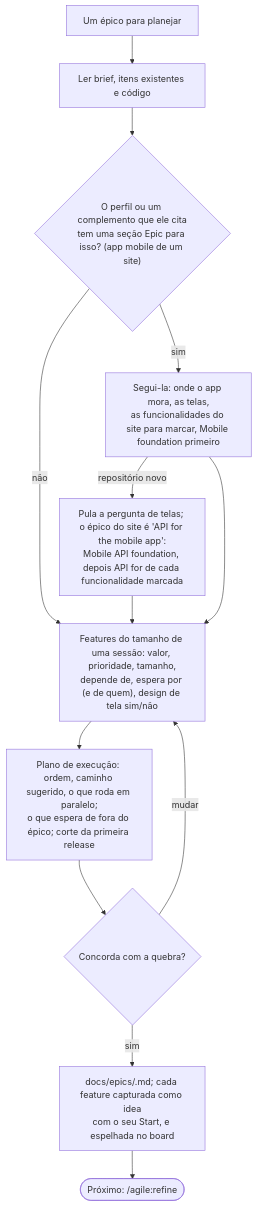
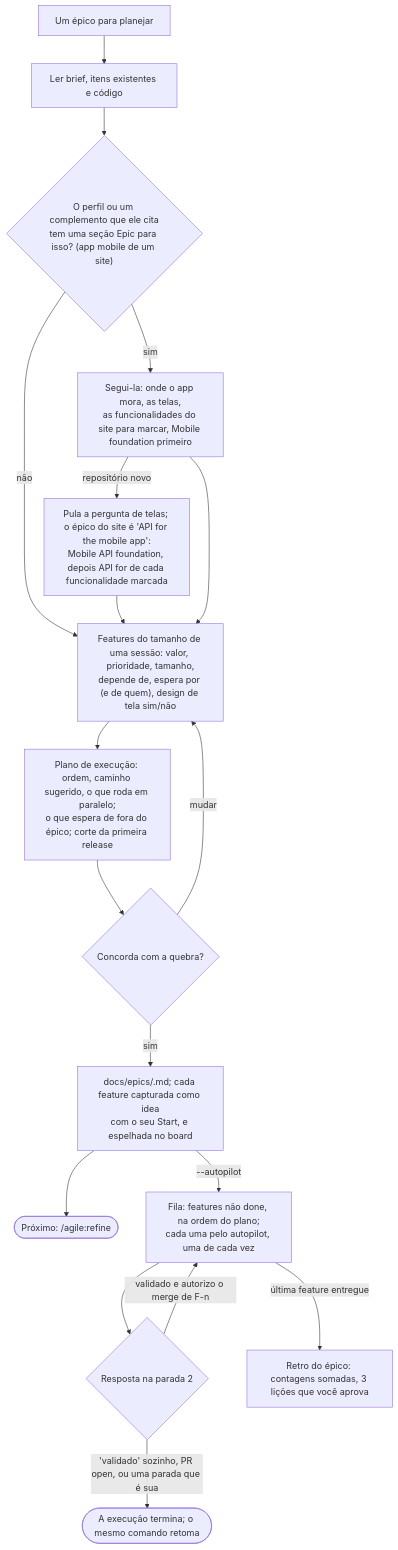
The sixth of 21 diagrams in docs/agile/workflow.pt-BR.md (alexcanario/simulab), drawn with Mermaid before and after one commit. The commit also changed other lines of this file and 10 other files, not shown here.

````diff
--- a/docs/agile/workflow.pt-BR.md
+++ b/docs/agile/workflow.pt-BR.md
@@ -800,15 +819,20 @@
 ```mermaid
 flowchart TD
     A["Um épico para planejar"] --> B["Ler brief, itens existentes e código"]
     B --> B1{"O perfil ou um complemento que ele cita<br/>tem uma seção Epic para isso? (app mobile de um site)"}
     B1 -->|sim| B2["Segui-la: onde o app mora, as telas,<br/>as funcionalidades do site para marcar, Mobile foundation primeiro"]
     B1 -->|não| C
     B2 -->|repositório novo| B3["Pula a pergunta de telas; o épico do site é 'API for the mobile app':<br/>Mobile API foundation, depois API for de cada funcionalidade marcada"]
     B3 --> C
     B2 --> C["Features do tamanho de uma sessão: valor, prioridade, tamanho,<br/>depende de, espera por (e de quem), design de tela sim/não"]
     C --> D["Plano de execução: ordem, caminho sugerido, o que roda em paralelo;<br/>o que espera de fora do épico; corte da primeira release"]
     D --> E{"Concorda com a quebra?"}
     E -->|mudar| C
     E -->|sim| F["docs/epics/<slug>.md; cada feature capturada como idea<br/>com o seu Start, e espelhada no board"]
     F --> G(["Próximo: /agile:refine <primeira feature que não espera por nada>"])
+    F -->|"--autopilot"| H["Fila: features não done, na ordem do plano;<br/>cada uma pelo autopilot, uma de cada vez"]
+    H --> I{"Resposta na parada 2"}
+    I -->|"validado e autorizo o merge de F-n"| H
+    I -->|"'validado' sozinho, PR open, ou uma parada que é sua"| J(["A execução termina; o mesmo comando retoma"])
+    H -->|"última feature entregue"| K["Retro do épico: contagens somadas, 3 lições que você aprova"]
 ```
````
